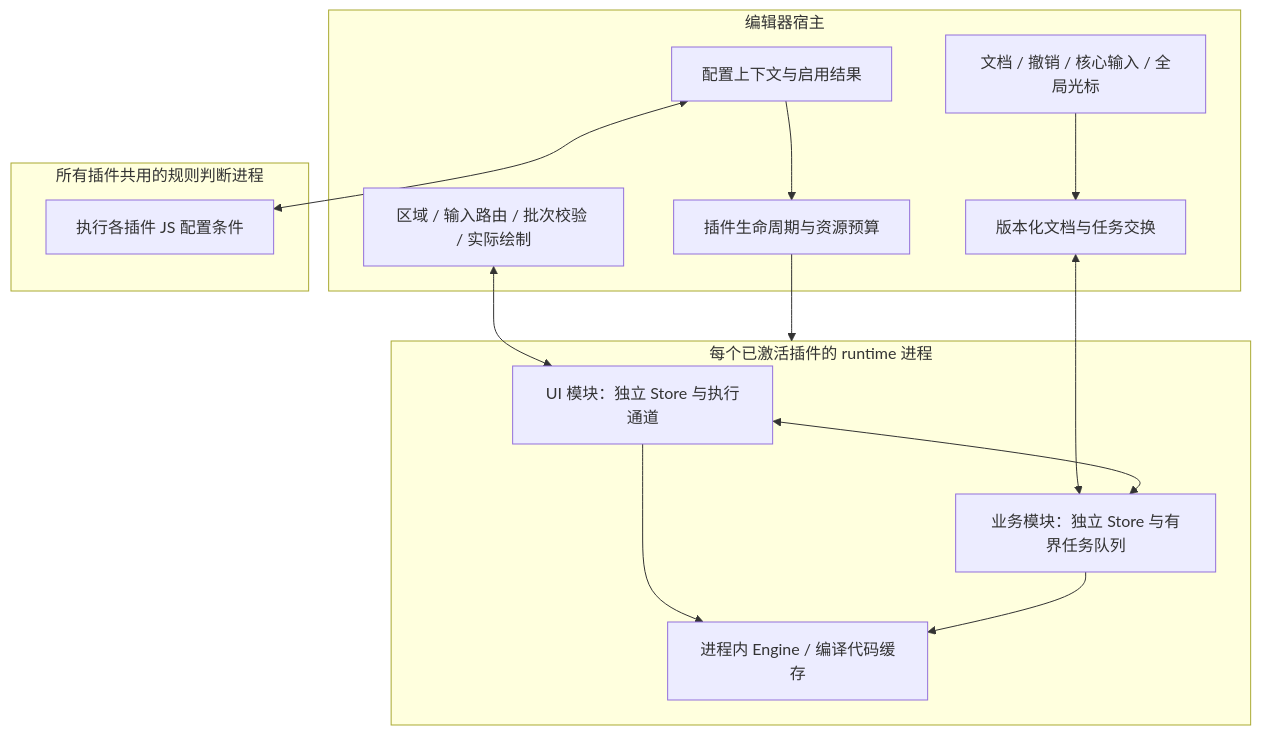
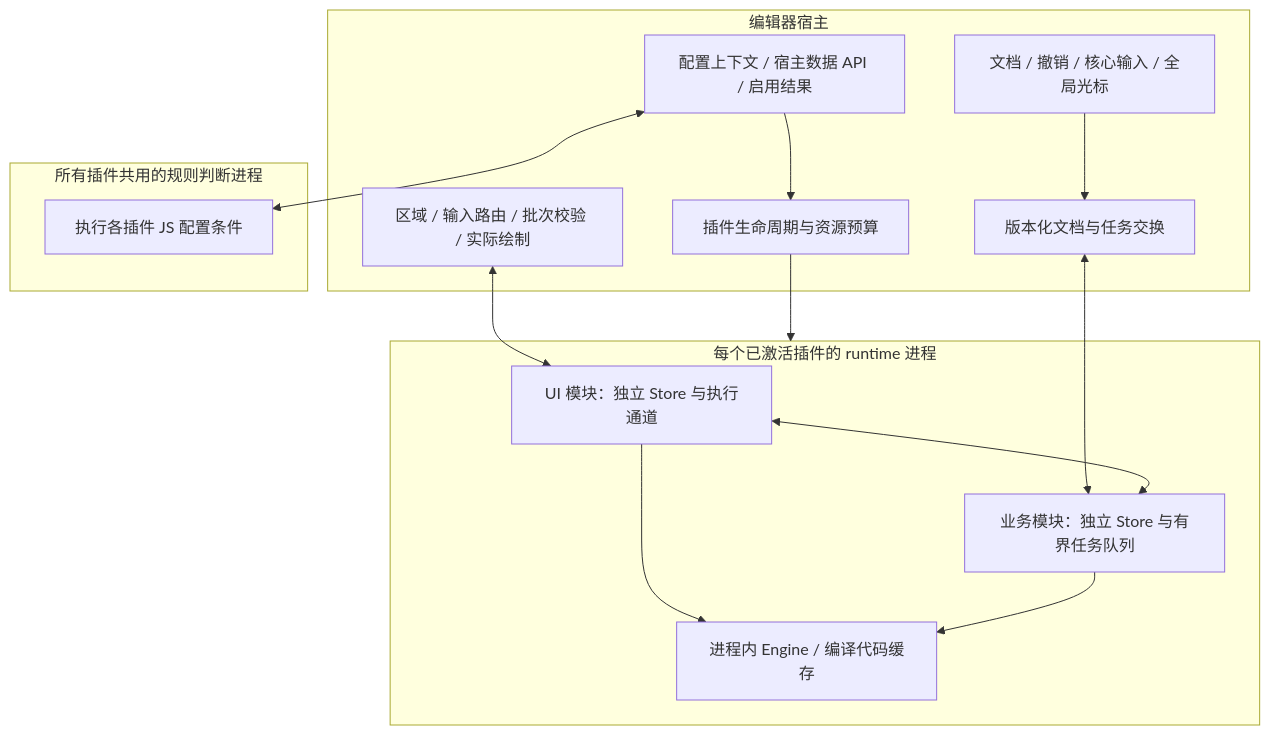
One commit to Nanobug-Editor/nanobug-v2 changed the diagram in docs/research/2026-11-08-plugin-architecture.md. Above: the diagram before and after it, drawn with Mermaid. The commit also changed other lines of this file and 3 other files, not shown here.

````diff
--- a/docs/research/2026-11-08-plugin-architecture.md
+++ b/docs/research/2026-11-08-plugin-architecture.md
@@ -42,27 +73,27 @@
 ```mermaid
 flowchart TB
     subgraph host[编辑器宿主]
         Core[文档 / 撤销 / 核心输入 / 全局光标]
-        Rules[配置上下文与启用结果]
+        Rules[配置上下文 / 宿主数据 API / 启用结果]
         Supervise[插件生命周期与资源预算]
         Exchange[版本化文档与任务交换]
         Surface[区域 / 输入路由 / 批次校验 / 实际绘制]
     end
     subgraph rules_worker[所有插件共用的规则判断进程]
         Evaluate[执行各插件 JS 配置条件]
     end
     subgraph runtime[每个已激活插件的 runtime 进程]
         UI[UI 模块：独立 Store 与执行通道]
         Work[业务模块：独立 Store 与有界任务队列]
         Engine[进程内 Engine / 编译代码缓存]
         UI --> Engine
         Work --> Engine
     end
     Core --> Exchange
     Rules <--> Evaluate
     Rules --> Supervise
     Supervise --> runtime
     Exchange <--> Work
     Surface <--> UI
     UI <--> Work
 ```
````
